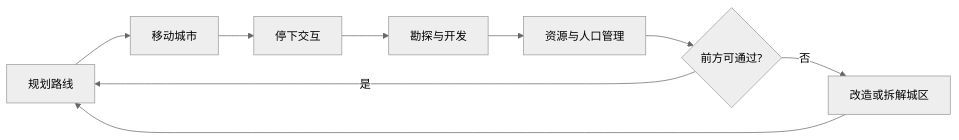
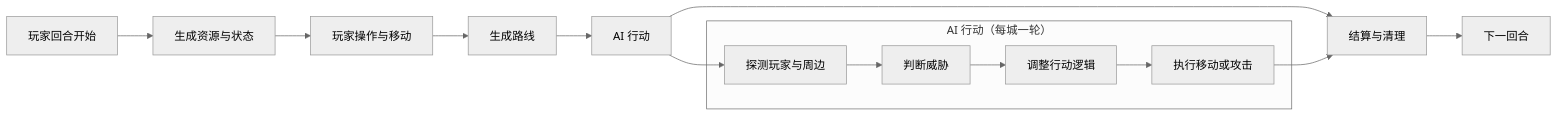
The first of 4 diagrams in Docs/02-系统设计/02-玩法循环/核心循环.md (Estrella6066773/DriveToLight), drawn with Mermaid (neutral theme) before and after one commit. The commit also changed other lines of this file and 12 other files, not shown here.

````diff
--- a/Docs/02-系统设计/02-玩法循环/核心循环.md
+++ b/Docs/02-系统设计/02-玩法循环/核心循环.md
@@ -63,11 +35,16 @@
 ```mermaid
 flowchart LR
-    A[规划路线] --> B[移动城市]
-    B --> C[停下交互]
-    C --> D[勘探与开发]
-    D --> E[资源与人口管理]
-    E --> F{前方可通过?}
-    F -->|是| A
-    F -->|否| G[改造或拆解城区]
-    G --> A
+    A[玩家回合开始] --> B[生成资源与状态]
+    B --> C[玩家操作与移动]
+    C --> D[生成路线]
+    D --> E[AI 行动]
+    E --> F[结算与清理]
+    F --> G[下一回合]
+    subgraph AI["AI 行动（每城一轮）"]
+        E1[探测玩家与周边] --> E2[判断威胁]
+        E2 --> E3[调整行动逻辑]
+        E3 --> E4[执行移动或攻击]
+    end
+    E --> E1
+    E4 --> F
 ```
````
